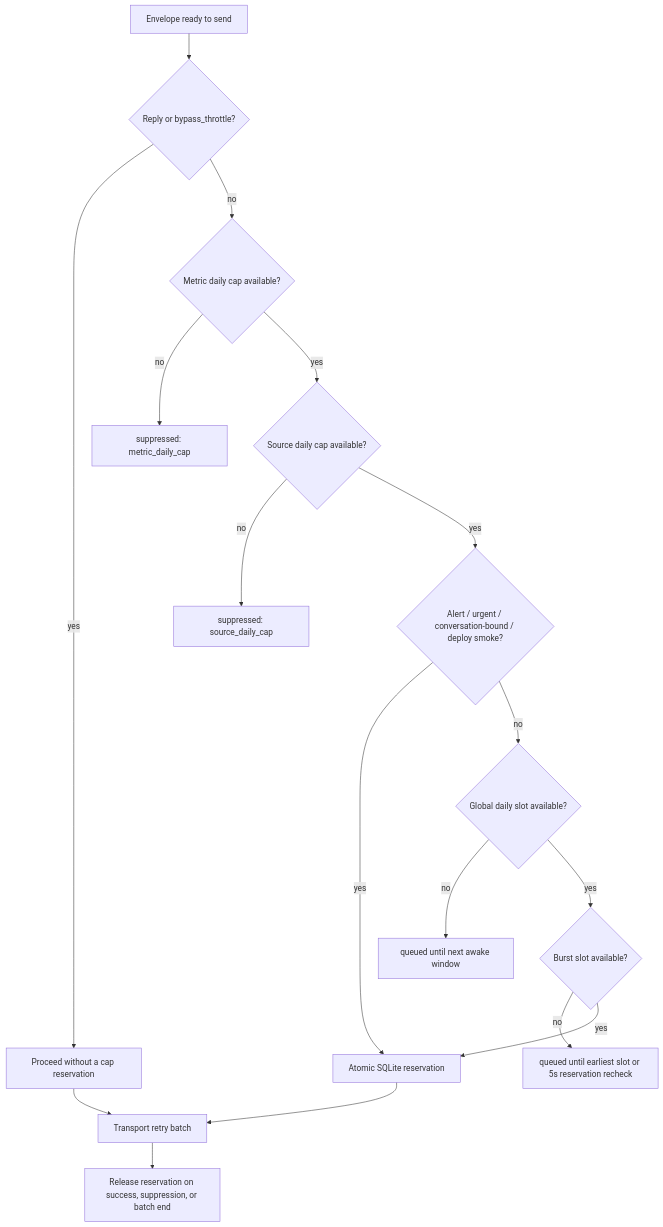
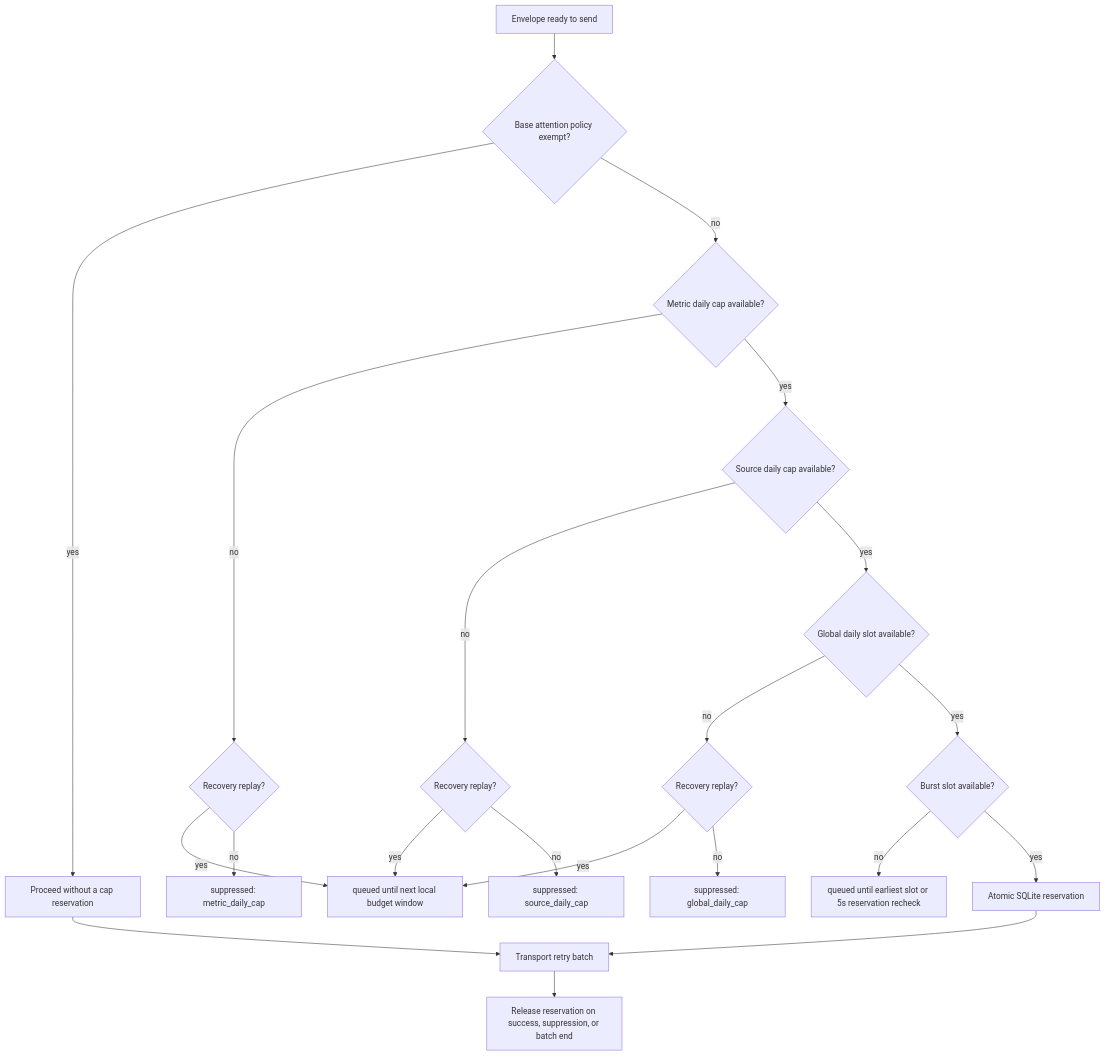
The second of 2 diagrams in docs/delivery_retry_and_caps.md (phronesis-io/pascal-jarvis), drawn with Mermaid before and after one commit. The commit also changed other lines of this file and 7 other files, not shown here.

````diff
--- a/docs/delivery_retry_and_caps.md
+++ b/docs/delivery_retry_and_caps.md
@@ -51,19 +52,23 @@
 ```mermaid
 flowchart TD
-    Start["Envelope ready to send"] --> HardExempt{"Reply or bypass_throttle?"}
+    Start["Envelope ready to send"] --> HardExempt{"Base attention policy exempt?"}
     HardExempt -->|yes| SendDirect["Proceed without a cap reservation"]
     HardExempt -->|no| Metric{"Metric daily cap available?"}
-    Metric -->|no| SuppressMetric["suppressed: metric_daily_cap"]
+    Metric -->|no| RecoveryMetric{"Recovery replay?"}
+    RecoveryMetric -->|yes| QueueRecovery["queued until next local budget window"]
+    RecoveryMetric -->|no| SuppressMetric["suppressed: metric_daily_cap"]
     Metric -->|yes| Source{"Source daily cap available?"}
-    Source -->|no| SuppressSource["suppressed: source_daily_cap"]
-    Source -->|yes| ProductExempt{"Alert / urgent / conversation-bound / deploy smoke?"}
-    ProductExempt -->|yes| Hold["Atomic SQLite reservation"]
-    ProductExempt -->|no| Global{"Global daily slot available?"}
-    Global -->|no| QueueGlobal["queued until next awake window"]
+    Source -->|no| RecoverySource{"Recovery replay?"}
+    RecoverySource -->|yes| QueueRecovery
+    RecoverySource -->|no| SuppressSource["suppressed: source_daily_cap"]
+    Source -->|yes| Global{"Global daily slot available?"}
+    Global -->|no| RecoveryGlobal{"Recovery replay?"}
+    RecoveryGlobal -->|yes| QueueRecovery
+    RecoveryGlobal -->|no| SuppressGlobal["suppressed: global_daily_cap"]
     Global -->|yes| Burst{"Burst slot available?"}
     Burst -->|no| QueueBurst["queued until earliest slot or 5s reservation recheck"]
     Burst -->|yes| Hold["Atomic SQLite reservation"]
     Hold --> Send["Transport retry batch"]
     SendDirect --> Send
     Send --> Release["Release reservation on success, suppression, or batch end"]
 ```
````
